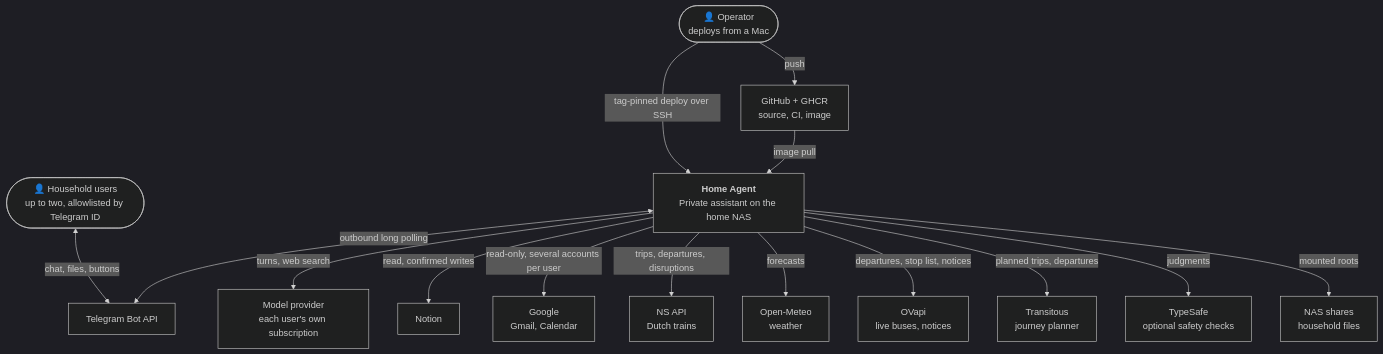
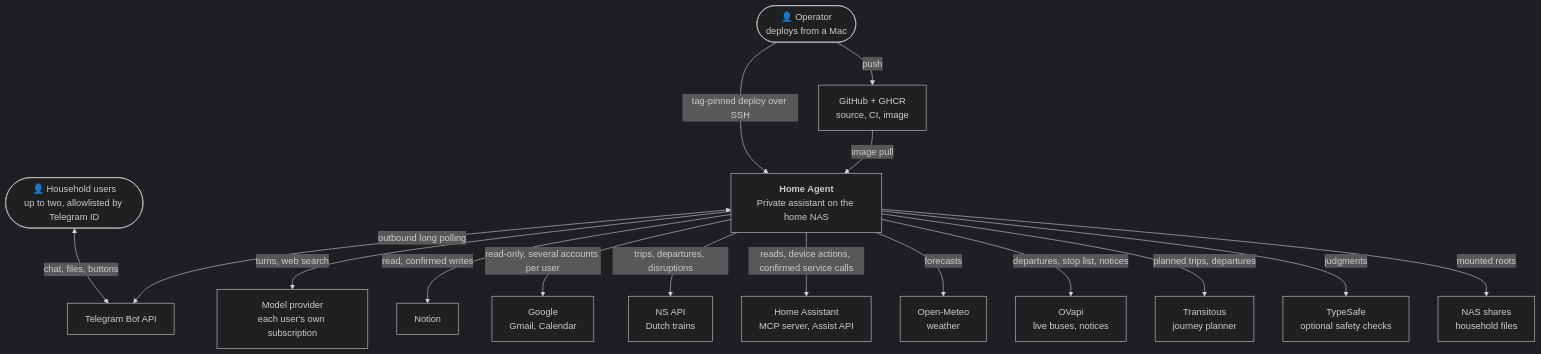
The first of 3 diagrams in docs/architecture.md (vladar107/home-ai-assistant), drawn with Mermaid (dark theme) before and after one commit. The commit also changed other lines of this file and 22 other files, not shown here.

First line of the commit message:
feat: reach the home through Home Assistant's MCP server

````diff
--- a/docs/architecture.md
+++ b/docs/architecture.md
@@ -9,34 +9,36 @@
 ```mermaid
 flowchart TB
     users(["👤 Household users<br/>up to two, allowlisted by Telegram ID"])
     operator(["👤 Operator<br/>deploys from a Mac"])
 
     agent["<b>Home Agent</b><br/>Private assistant on the home NAS"]
 
     telegram["Telegram Bot API"]
     model["Model provider<br/>each user's own subscription"]
     notion["Notion"]
     google["Google<br/>Gmail, Calendar"]
     ns["NS API<br/>Dutch trains"]
+    ha["Home Assistant<br/>MCP server, Assist API"]
     meteo["Open-Meteo<br/>weather"]
     ovapi["OVapi<br/>live buses, notices"]
     transitous["Transitous<br/>journey planner"]
     typesafe["TypeSafe<br/>optional safety checks"]
     nasfiles["NAS shares<br/>household files"]
     ghcr["GitHub + GHCR<br/>source, CI, image"]
 
     users <-->|chat, files, buttons| telegram
     agent <-->|outbound long polling| telegram
     agent -->|turns, web search| model
     agent -->|read, confirmed writes| notion
     agent -->|read-only, several accounts per user| google
     agent -->|trips, departures, disruptions| ns
+    agent -->|reads, device actions, confirmed service calls| ha
     agent -->|forecasts| meteo
     agent -->|departures, stop list, notices| ovapi
     agent -->|planned trips, departures| transitous
     agent -->|judgments| typesafe
     agent -->|mounted roots| nasfiles
     operator -->|push| ghcr
     operator -->|tag-pinned deploy over SSH| agent
     ghcr -->|image pull| agent
 ```
````
